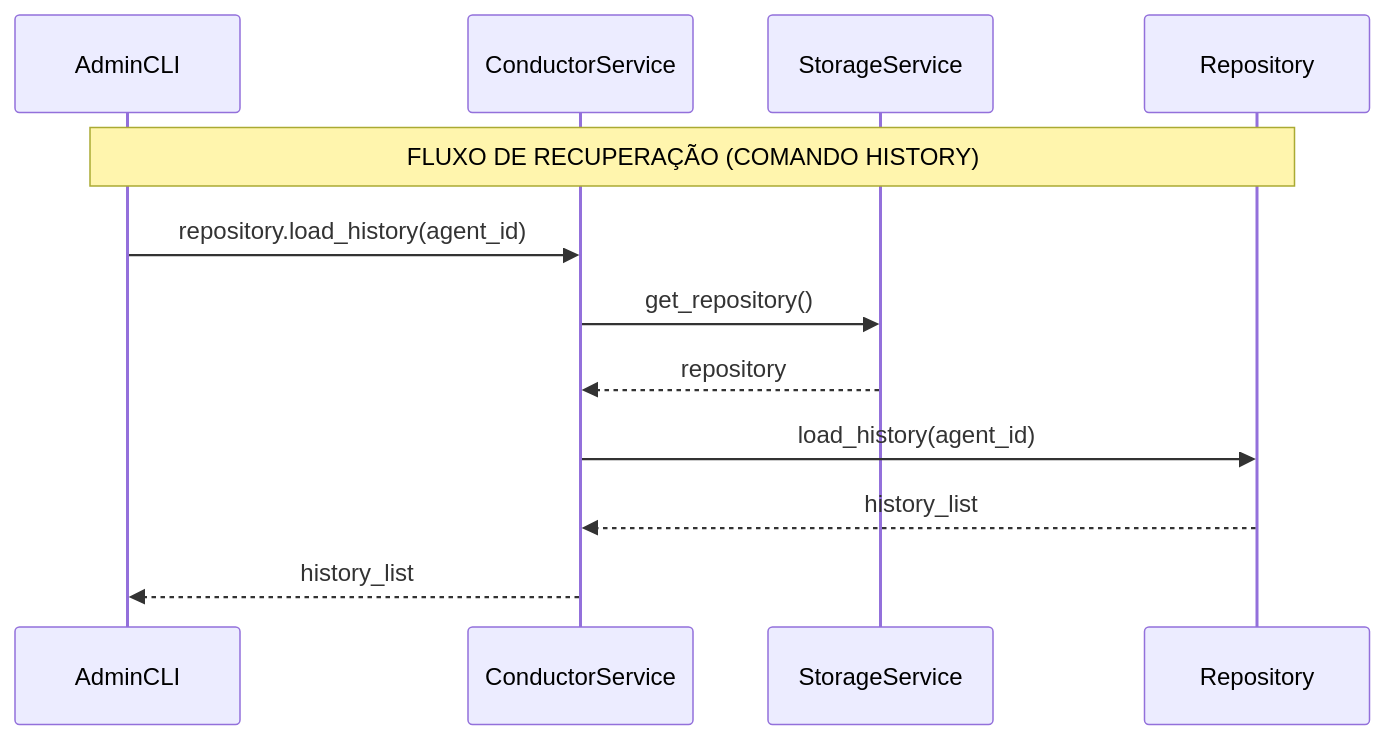
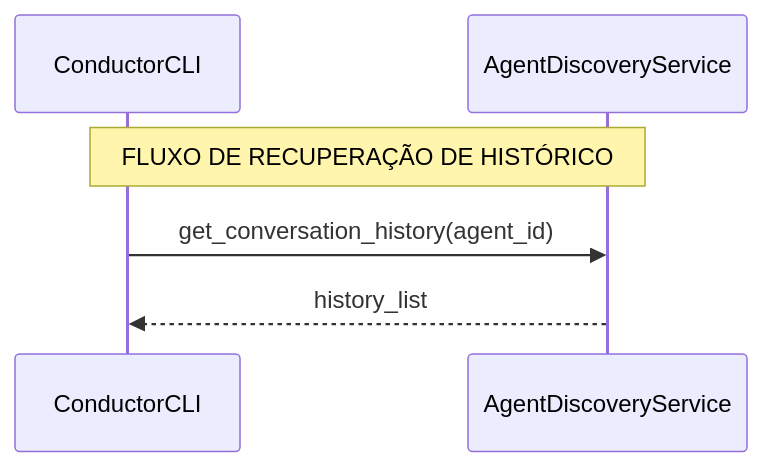
Before and after one commit to primoia/conductor: the second of 3 diagrams in docs/architecture/sequence-diagrams/history-management.md, drawn with Mermaid. The commit also changed other lines of this file and 5 other files, not shown here.

First line of the commit message:
Refactor documentation and CLI interface to promote unified conductor CLI

````diff
--- a/docs/architecture/sequence-diagrams/history-management.md
+++ b/docs/architecture/sequence-diagrams/history-management.md
@@ -50,16 +50,10 @@
 ```mermaid
 sequenceDiagram
-    participant AdminCLI
-    participant ConductorService
-    participant StorageService
-    participant Repository
+    participant ConductorCLI
+    participant AgentDiscoveryService
 
-    Note over AdminCLI,Repository: FLUXO DE RECUPERAÇÃO (COMANDO HISTORY)
+    Note over ConductorCLI,AgentDiscoveryService: FLUXO DE RECUPERAÇÃO DE HISTÓRICO
 
-    AdminCLI->>ConductorService: repository.load_history(agent_id)
-    ConductorService->>StorageService: get_repository()
-    StorageService-->>ConductorService: repository
-    ConductorService->>Repository: load_history(agent_id)
-    Repository-->>ConductorService: history_list
-    ConductorService-->>AdminCLI: history_list
+    ConductorCLI->>AgentDiscoveryService: get_conversation_history(agent_id)
+    AgentDiscoveryService-->>ConductorCLI: history_list
 ```
````
